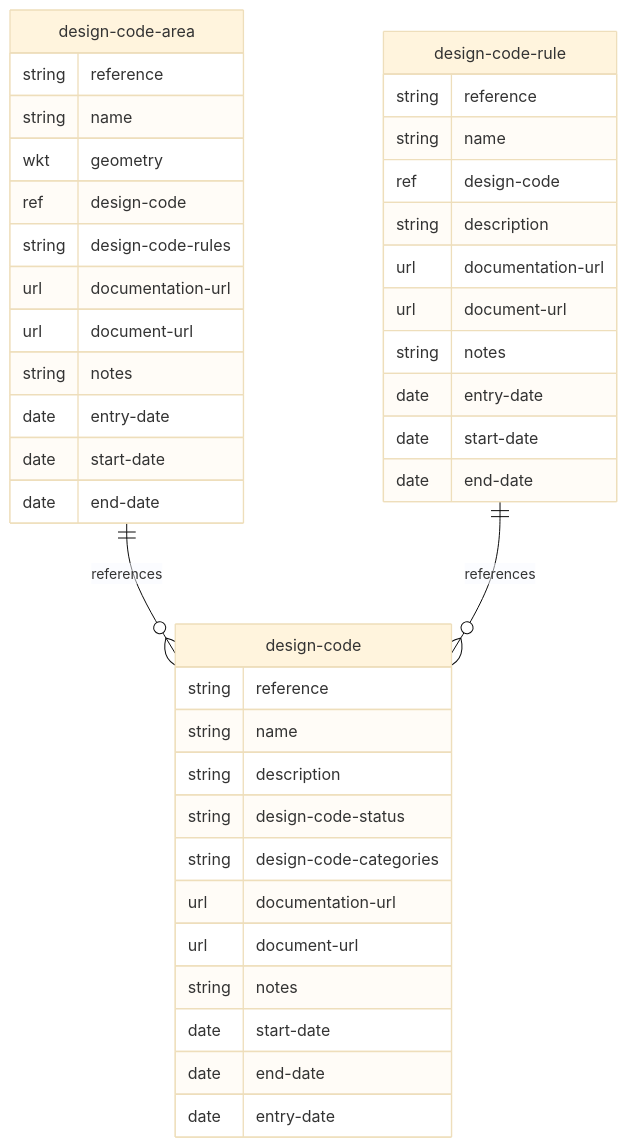
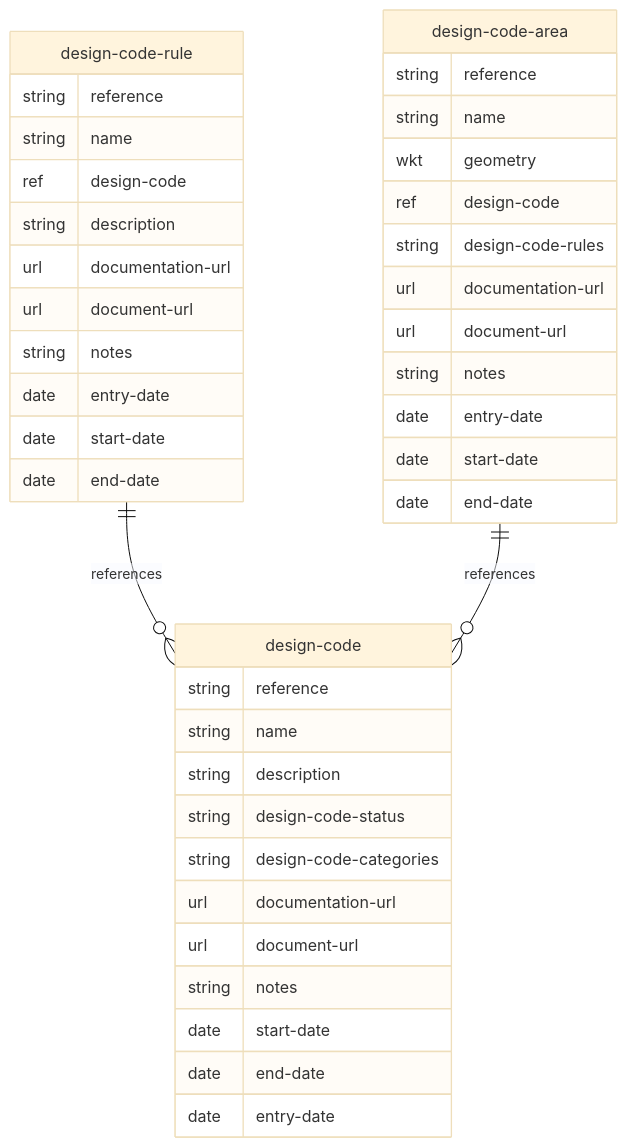
Before and after one commit to digital-land/specification: the diagram in mermaid/design-code.md, drawn with Mermaid (base theme). The commit also changed other lines of this file and 3 other files, not shown here.

````diff
--- a/mermaid/design-code.md
+++ b/mermaid/design-code.md
@@ -4,43 +4,43 @@
 ```mermaid
 erDiagram
     design-code {
         string reference
         string name
         string description
         string design-code-status
         string design-code-categories
         url documentation-url
         url document-url
         string notes
         date start-date
         date end-date
         date entry-date
     }
+    design-code-rule {
+        string reference
+        string name
+        ref design-code
+        string description
+        url documentation-url
+        url document-url
+        string notes
+        date entry-date
+        date start-date
+        date end-date
+    }
     design-code-area {
         string reference
         string name
         wkt geometry
         ref design-code
         string design-code-rules
         url documentation-url
         url document-url
         string notes
         date entry-date
         date start-date
         date end-date
     }
-    design-code-rule {
-        string reference
-        string name
-        ref design-code
-        string description
-        url documentation-url
-        url document-url
-        string notes
-        date entry-date
-        date start-date
-        date end-date
-    }
+    design-code-rule ||--o{ design-code : references
     design-code-area ||--o{ design-code : references
-    design-code-rule ||--o{ design-code : references
 ```
````
